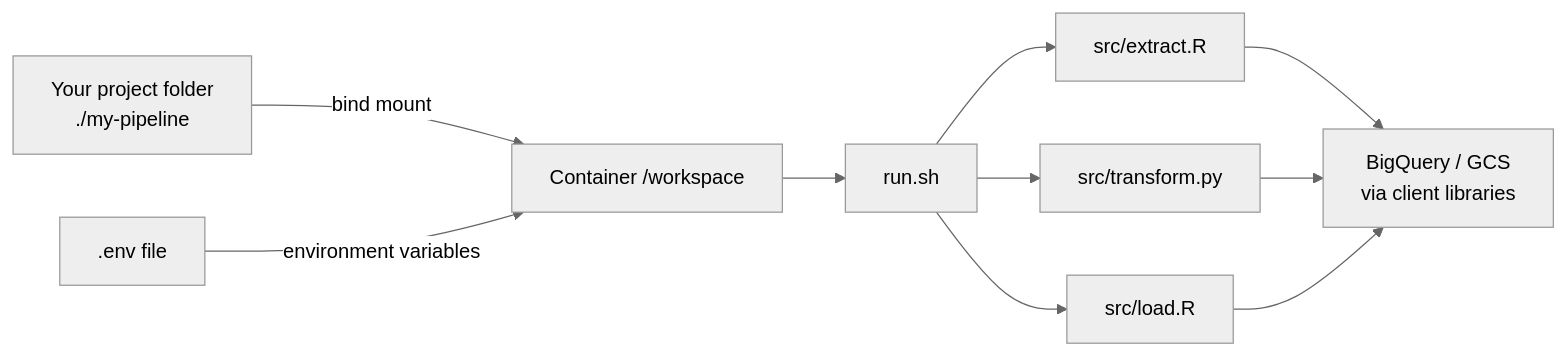
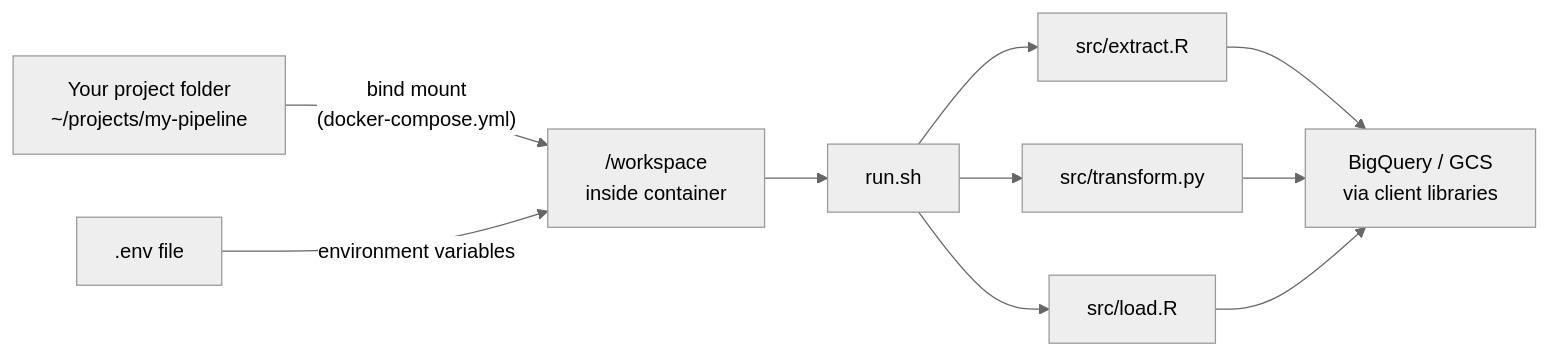
Before and after one commit to Ch3w3y/docker_gcp: the second of 3 diagrams in docs/architecture.md, drawn with Mermaid (neutral theme). The commit also changed other lines of this file and 7 other files, not shown here.

````diff
--- a/docs/architecture.md
+++ b/docs/architecture.md
@@ -132,10 +312,10 @@
 ```mermaid
 flowchart LR
-    A[Your project folder\n./my-pipeline] -->|bind mount| B[Container /workspace]
-    C[.env file] -->|environment variables| B
-    B --> D[run.sh]
-    D --> E[src/extract.R]
-    D --> F[src/transform.py]
-    D --> G[src/load.R]
-    E & F & G --> H[BigQuery / GCS\nvia client libraries]
+    A["Your project folder\n~/projects/my-pipeline"] -->|"bind mount\n(docker-compose.yml)"| B["/workspace\ninside container"]
+    C[".env file"] -->|environment variables| B
+    B --> D["run.sh"]
+    D --> E["src/extract.R"]
+    D --> F["src/transform.py"]
+    D --> G["src/load.R"]
+    E & F & G --> H["BigQuery / GCS\nvia client libraries"]
 ```
````
